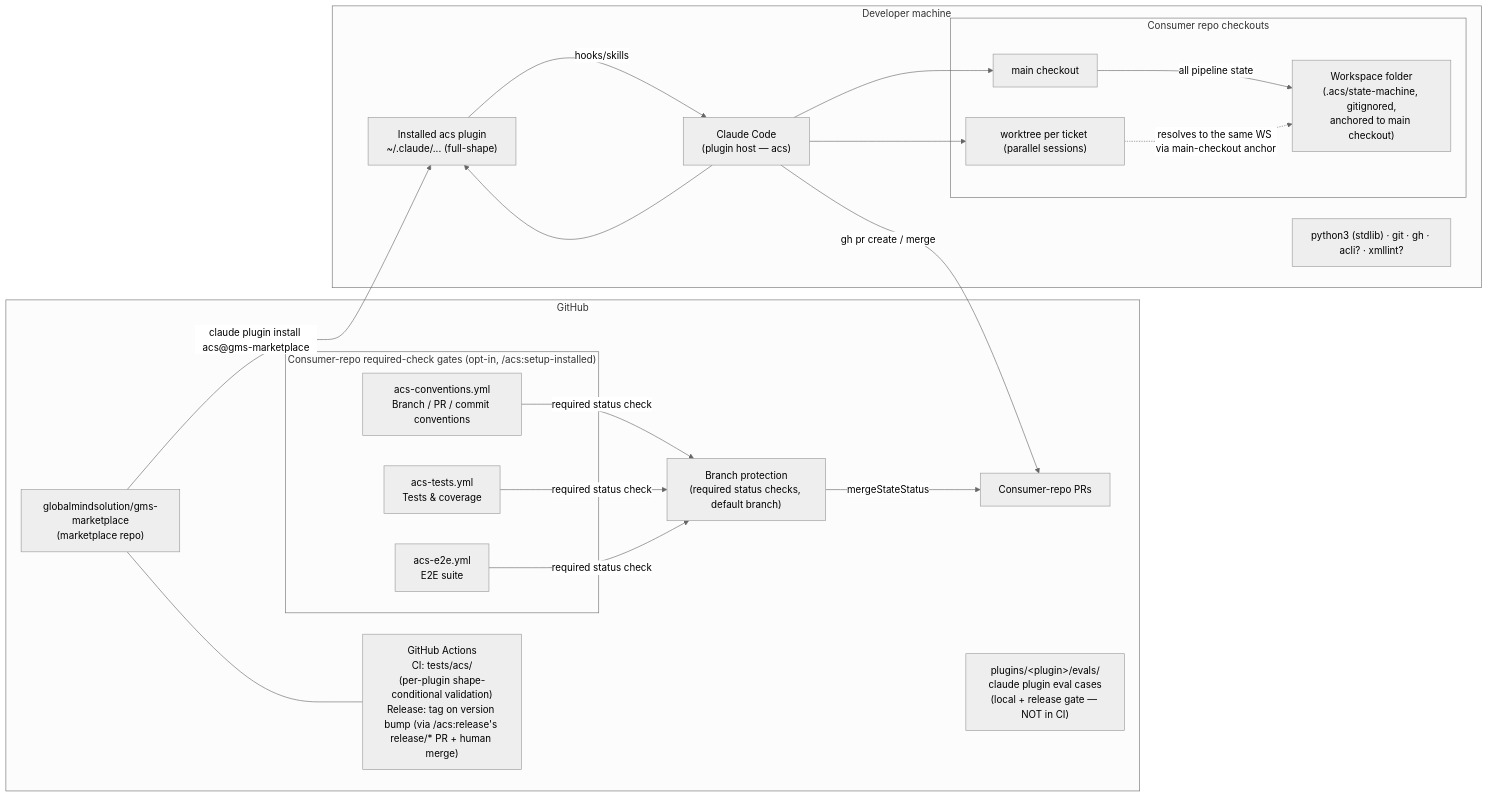
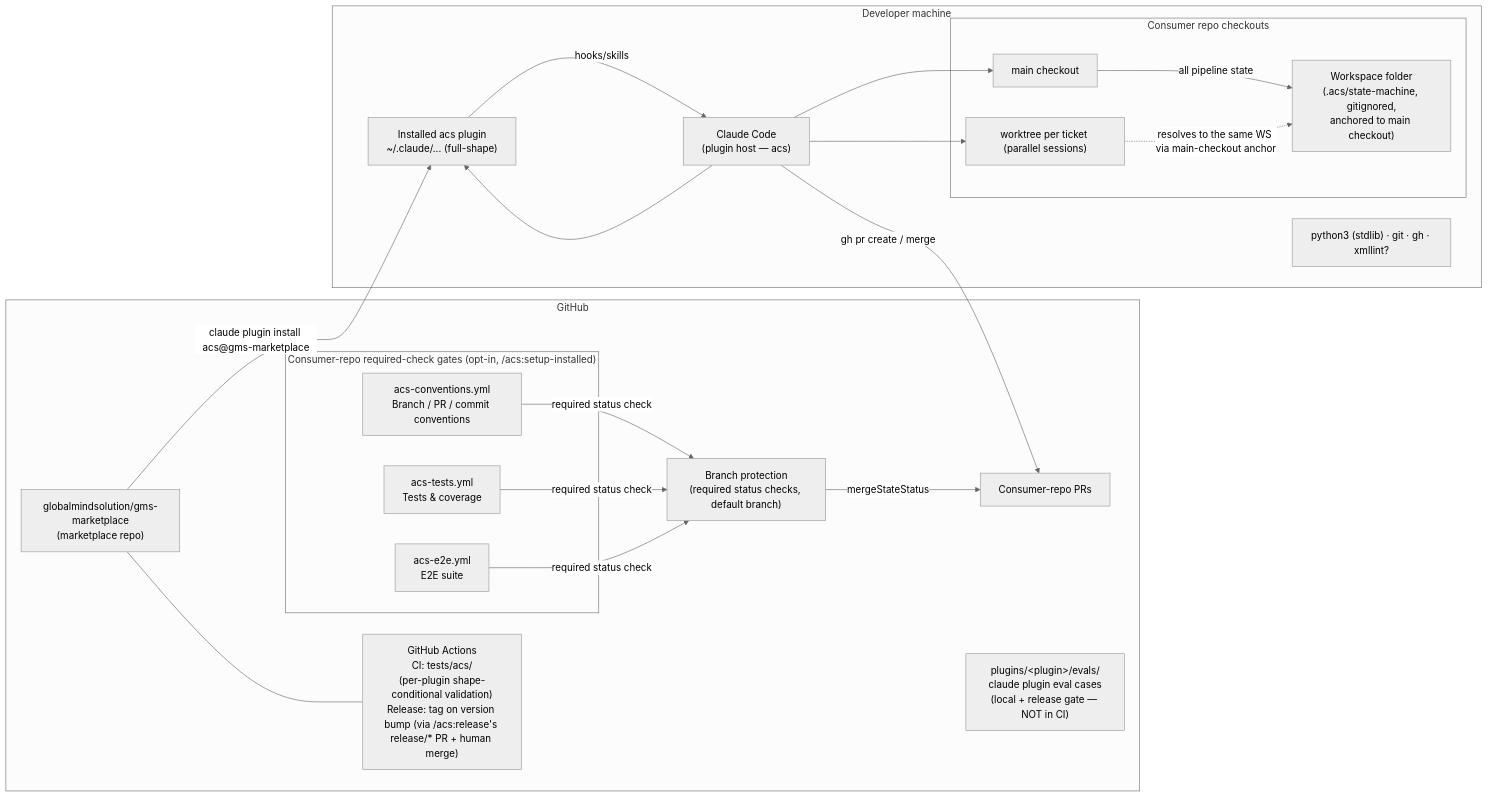
One commit to globalmindsolution/gms-marketplace changed the diagram in docs/architecture/hld/deployment.md. Above: the diagram before and after it, drawn with Mermaid (neutral theme). The commit also changed 66 other files, not shown here.

````diff
--- a/docs/architecture/hld/deployment.md
+++ b/docs/architecture/hld/deployment.md
@@ -3,37 +3,37 @@
 ```mermaid
 flowchart LR
     subgraph github["GitHub"]
         MR["globalmindsolution/gms-marketplace<br/>(marketplace repo)"]
         ACT["GitHub Actions<br/>CI: tests/acs/<br/>(per-plugin shape-conditional validation)<br/>Release: tag on version bump (via /acs:release's release/* PR + human merge)"]
         PRS["Consumer-repo PRs"]
         EVALS["plugins/&lt;plugin&gt;/evals/<br/>claude plugin eval cases<br/>(local + release gate — NOT in CI)"]
         subgraph gates["Consumer-repo required-check gates (opt-in, /acs:setup-installed)"]
             G_CONV["acs-conventions.yml<br/>Branch / PR / commit conventions"]
             G_TEST["acs-tests.yml<br/>Tests & coverage"]
             G_E2E["acs-e2e.yml<br/>E2E suite"]
         end
         BP["Branch protection<br/>(required status checks, default branch)"]
     end
 
     subgraph machine["Developer machine"]
         CC["Claude Code<br/>(plugin host — acs)"]
         PI_ACS["Installed acs plugin<br/>~/.claude/... (full-shape)"]
         subgraph checkouts["Consumer repo checkouts"]
             CO1["main checkout"]
             CO2["worktree per ticket (parallel sessions)"]
             WS["Workspace folder<br/>(.acs/state-machine, gitignored,<br/>anchored to main checkout)"]
         end
-        PY["python3 (stdlib) · git · gh · acli? · xmllint?"]
+        PY["python3 (stdlib) · git · gh · xmllint?"]
     end
 
     MR -- "claude plugin install acs@gms-marketplace" --> PI_ACS
     MR --- ACT
     CC --> PI_ACS
     PI_ACS -- hooks/skills --> CC
     CC --> CO1 & CO2
     CO1 -- "all pipeline state" --> WS
     CO2 -. "resolves to the same WS via main-checkout anchor" .-> WS
     CC -- "gh pr create / merge" --> PRS
     G_CONV & G_TEST & G_E2E -- "required status check" --> BP
     BP -- "mergeStateStatus" --> PRS
 ```
````
